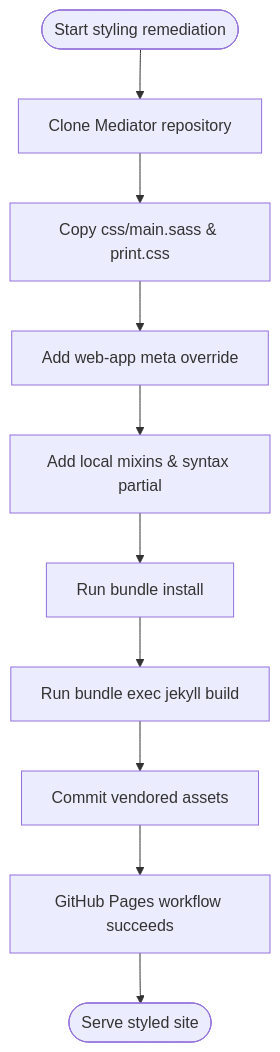
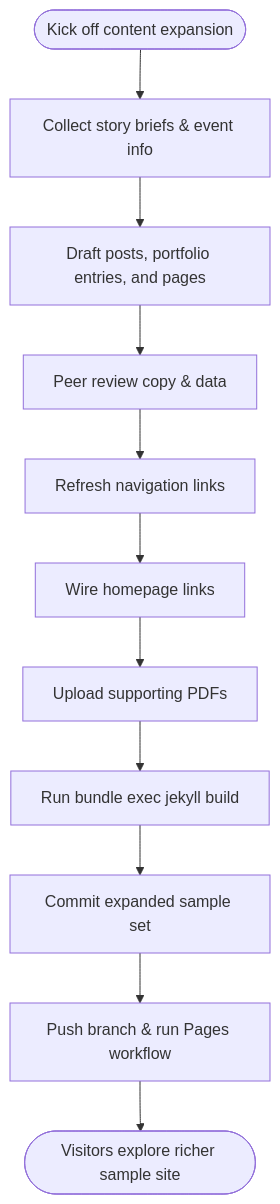
Before and after one commit to muyueh/Jekyll: the fifth of 6 diagrams in README.md, drawn with Mermaid. The commit also changed other lines of this file and 16 other files, not shown here.

Commit message:
Link homepage to key content collections

````diff
--- a/README.md
+++ b/README.md
@@ -92,12 +90,13 @@
 ```mermaid
 graph TD
-    Start([Start styling remediation]) --> CloneTheme[Clone Mediator repository]
-    CloneTheme --> CopyCSS[Copy css/main.sass & print.css]
-    CopyCSS --> UpdateHead[Add web-app meta override]
-    UpdateHead --> AddMixins[Add local mixins & syntax partial]
-    AddMixins --> InstallDeps[Run bundle install]
-    InstallDeps --> Verify[Run bundle exec jekyll build]
-    Verify --> Commit[Commit vendored assets]
-    Commit --> Deploy[GitHub Pages workflow succeeds]
-    Deploy --> End([Serve styled site])
+    Start([Kick off content expansion]) --> GatherBriefs[Collect story briefs & event info]
+    GatherBriefs --> DraftContent[Draft posts, portfolio entries, and pages]
+    DraftContent --> PeerReview[Peer review copy & data]
+    PeerReview --> UpdateNavigation[Refresh navigation links]
+    UpdateNavigation --> CurateHomepage[Wire homepage links]
+    CurateHomepage --> AddResources[Upload supporting PDFs]
+    AddResources --> BuildSite[Run bundle exec jekyll build]
+    BuildSite --> CommitChanges[Commit expanded sample set]
+    CommitChanges --> Deploy[Push branch & run Pages workflow]
+    Deploy --> End([Visitors explore richer sample site])
 ```
````
